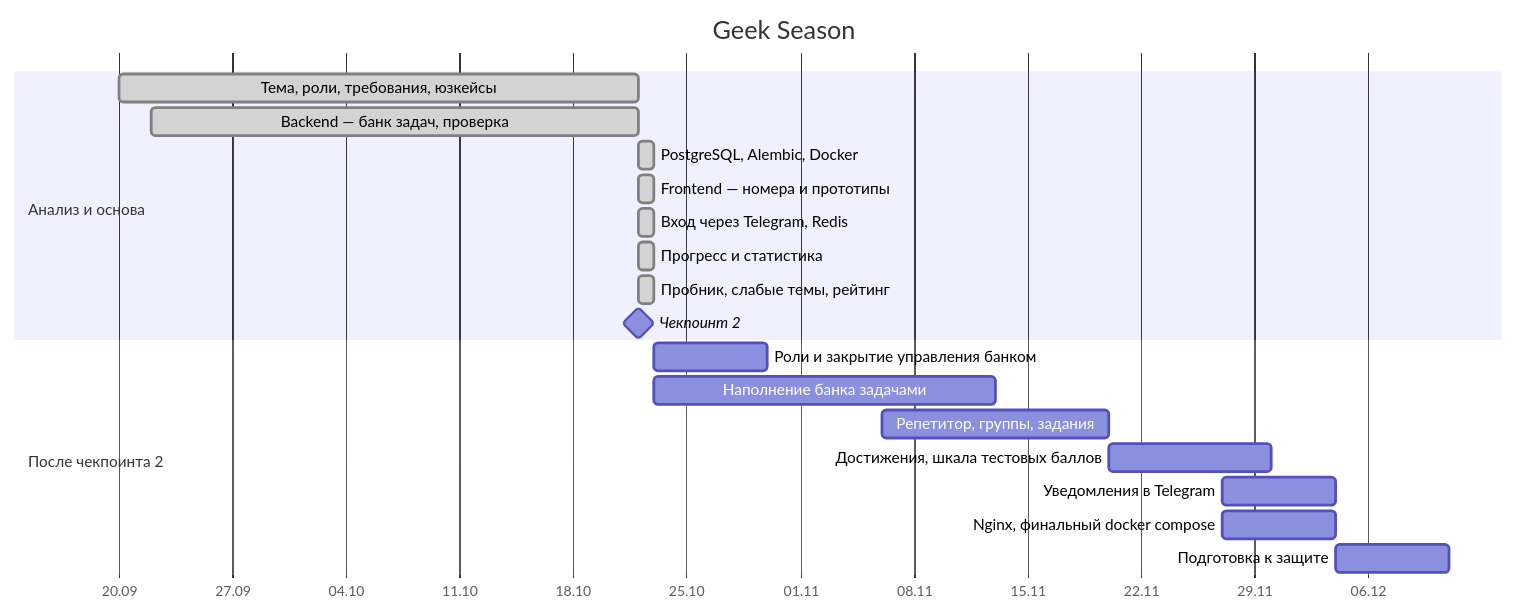
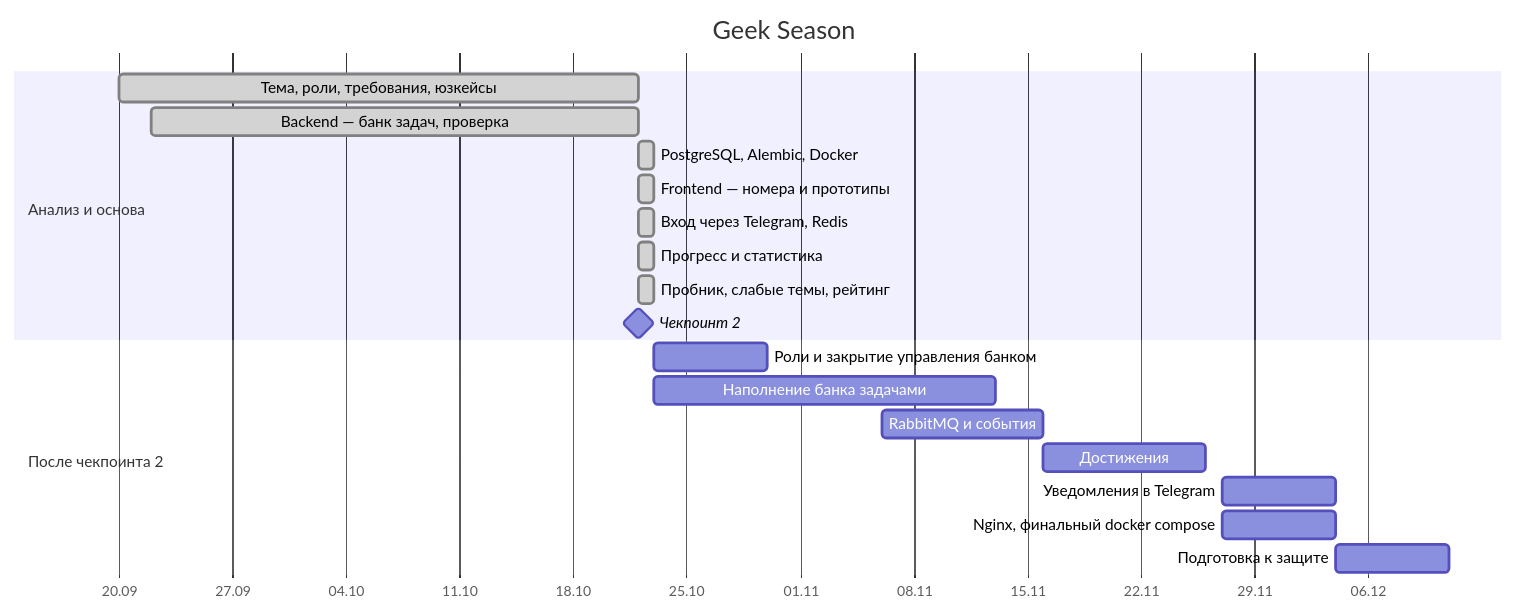
The diagram in plan/roadmap.md (Geek-Season/docs), drawn with Mermaid before and after one commit. The commit also changed other lines of this file and 5 other files, not shown here.

````diff
--- a/plan/roadmap.md
+++ b/plan/roadmap.md
@@ -7,25 +7,25 @@
 ```mermaid
 gantt
     title Geek Season
     dateFormat YYYY-MM-DD
     axisFormat %d.%m
 
     section Анализ и основа
     Тема, роли, требования, юзкейсы     :done, a1, 2026-09-20, 2026-10-22
     Backend — банк задач, проверка       :done, a2, 2026-09-22, 2026-10-22
     PostgreSQL, Alembic, Docker          :done, a3, 2026-10-22, 1d
     Frontend — номера и прототипы        :done, a4, 2026-10-22, 1d
     Вход через Telegram, Redis           :done, a5, 2026-10-22, 1d
     Прогресс и статистика                :done, a6, 2026-10-22, 1d
     Пробник, слабые темы, рейтинг        :done, a7, 2026-10-22, 1d
     Чекпоинт 2                           :milestone, m2, 2026-10-22, 0d
 
     section После чекпоинта 2
     Роли и закрытие управления банком    :b1, 2026-10-23, 7d
     Наполнение банка задачами            :b2, 2026-10-23, 21d
-    Репетитор, группы, задания           :b4, 2026-11-06, 14d
-    Достижения, шкала тестовых баллов    :b5, 2026-11-20, 10d
+    RabbitMQ и события                   :b4, 2026-11-06, 10d
+    Достижения                           :b5, 2026-11-16, 10d
     Уведомления в Telegram               :b6, 2026-11-27, 7d
     Nginx, финальный docker compose      :b7, 2026-11-27, 7d
     Подготовка к защите                  :b8, 2026-12-04, 7d
 ```
````
